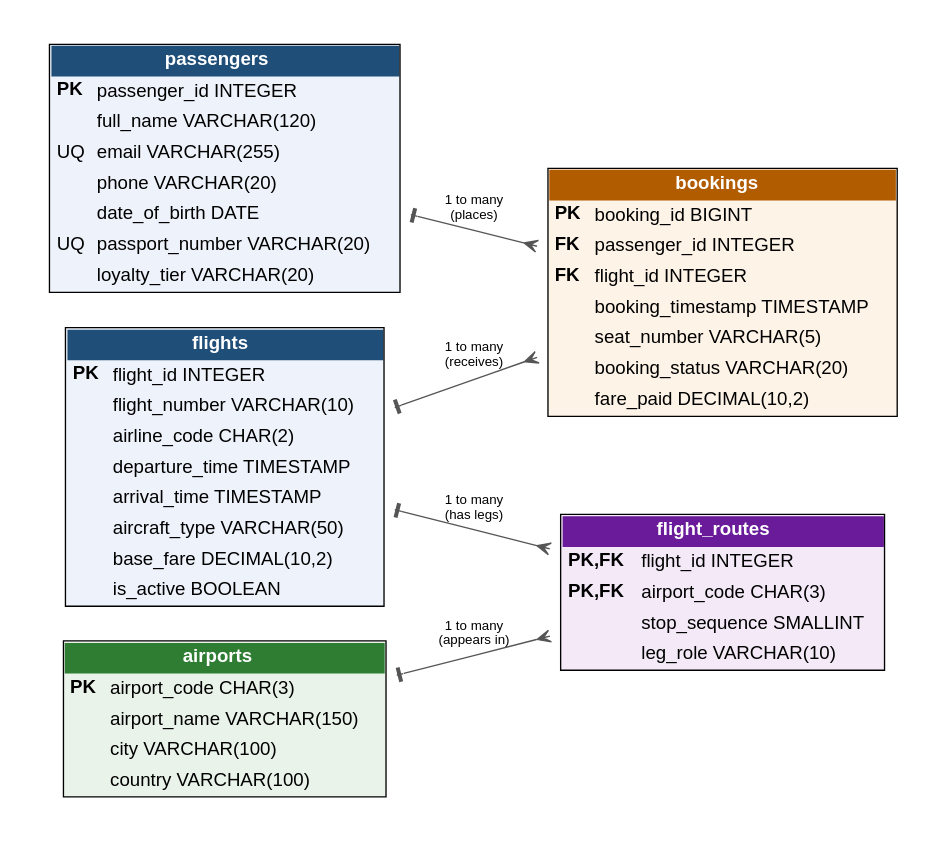
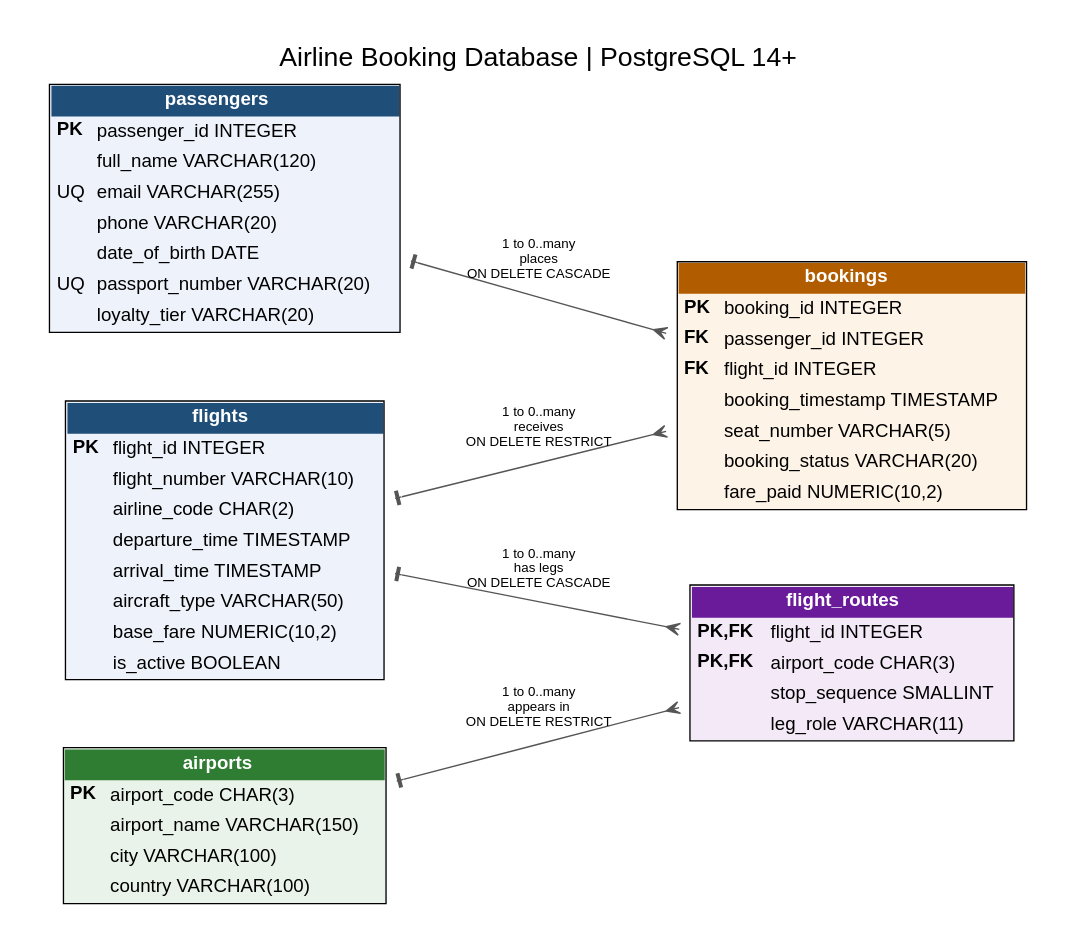
The diagram in schema/erd.dot (nathannbui/ex603-airline-booking-database-), drawn with Graphviz before and after one commit. The commit also changed 8 other files, not shown here.

```diff
--- a/schema/erd.dot
+++ b/schema/erd.dot
@@ -1,71 +1,71 @@
 digraph ERD {
     rankdir=LR;
-    graph [fontname="Helvetica", bgcolor="white", pad=0.3];
+    graph [fontname="Helvetica", bgcolor="white", pad=0.3, nodesep=0.6, ranksep=1.2, label="Airline Booking Database | PostgreSQL 14+", labelloc=t, fontsize=20];
     node [shape=plaintext, fontname="Helvetica"];
     edge [fontname="Helvetica", fontsize=10, color="#555555"];
 
     passengers [label=<
         <TABLE BORDER="1" CELLBORDER="0" CELLSPACING="0" CELLPADDING="4" BGCOLOR="#eef3fb">
         <TR><TD BGCOLOR="#1f4e79" COLSPAN="2"><FONT COLOR="white"><B>passengers</B></FONT></TD></TR>
         <TR><TD ALIGN="LEFT"><B>PK</B></TD><TD ALIGN="LEFT">passenger_id INTEGER</TD></TR>
         <TR><TD ALIGN="LEFT"></TD><TD ALIGN="LEFT">full_name VARCHAR(120)</TD></TR>
         <TR><TD ALIGN="LEFT">UQ</TD><TD ALIGN="LEFT">email VARCHAR(255)</TD></TR>
         <TR><TD ALIGN="LEFT"></TD><TD ALIGN="LEFT">phone VARCHAR(20)</TD></TR>
         <TR><TD ALIGN="LEFT"></TD><TD ALIGN="LEFT">date_of_birth DATE</TD></TR>
         <TR><TD ALIGN="LEFT">UQ</TD><TD ALIGN="LEFT">passport_number VARCHAR(20)</TD></TR>
         <TR><TD ALIGN="LEFT"></TD><TD ALIGN="LEFT">loyalty_tier VARCHAR(20)</TD></TR>
         </TABLE>
     >];
 
     flights [label=<
         <TABLE BORDER="1" CELLBORDER="0" CELLSPACING="0" CELLPADDING="4" BGCOLOR="#eef3fb">
         <TR><TD BGCOLOR="#1f4e79" COLSPAN="2"><FONT COLOR="white"><B>flights</B></FONT></TD></TR>
         <TR><TD ALIGN="LEFT"><B>PK</B></TD><TD ALIGN="LEFT">flight_id INTEGER</TD></TR>
         <TR><TD ALIGN="LEFT"></TD><TD ALIGN="LEFT">flight_number VARCHAR(10)</TD></TR>
         <TR><TD ALIGN="LEFT"></TD><TD ALIGN="LEFT">airline_code CHAR(2)</TD></TR>
         <TR><TD ALIGN="LEFT"></TD><TD ALIGN="LEFT">departure_time TIMESTAMP</TD></TR>
         <TR><TD ALIGN="LEFT"></TD><TD ALIGN="LEFT">arrival_time TIMESTAMP</TD></TR>
         <TR><TD ALIGN="LEFT"></TD><TD ALIGN="LEFT">aircraft_type VARCHAR(50)</TD></TR>
-        <TR><TD ALIGN="LEFT"></TD><TD ALIGN="LEFT">base_fare DECIMAL(10,2)</TD></TR>
+        <TR><TD ALIGN="LEFT"></TD><TD ALIGN="LEFT">base_fare NUMERIC(10,2)</TD></TR>
         <TR><TD ALIGN="LEFT"></TD><TD ALIGN="LEFT">is_active BOOLEAN</TD></TR>
         </TABLE>
     >];
 
     bookings [label=<
         <TABLE BORDER="1" CELLBORDER="0" CELLSPACING="0" CELLPADDING="4" BGCOLOR="#fdf3e7">
         <TR><TD BGCOLOR="#b25c00" COLSPAN="2"><FONT COLOR="white"><B>bookings</B></FONT></TD></TR>
-        <TR><TD ALIGN="LEFT"><B>PK</B></TD><TD ALIGN="LEFT">booking_id BIGINT</TD></TR>
+        <TR><TD ALIGN="LEFT"><B>PK</B></TD><TD ALIGN="LEFT">booking_id INTEGER</TD></TR>
         <TR><TD ALIGN="LEFT"><B>FK</B></TD><TD ALIGN="LEFT">passenger_id INTEGER</TD></TR>
         <TR><TD ALIGN="LEFT"><B>FK</B></TD><TD ALIGN="LEFT">flight_id INTEGER</TD></TR>
         <TR><TD ALIGN="LEFT"></TD><TD ALIGN="LEFT">booking_timestamp TIMESTAMP</TD></TR>
         <TR><TD ALIGN="LEFT"></TD><TD ALIGN="LEFT">seat_number VARCHAR(5)</TD></TR>
         <TR><TD ALIGN="LEFT"></TD><TD ALIGN="LEFT">booking_status VARCHAR(20)</TD></TR>
-        <TR><TD ALIGN="LEFT"></TD><TD ALIGN="LEFT">fare_paid DECIMAL(10,2)</TD></TR>
+        <TR><TD ALIGN="LEFT"></TD><TD ALIGN="LEFT">fare_paid NUMERIC(10,2)</TD></TR>
         </TABLE>
     >];
 
     airports [label=<
         <TABLE BORDER="1" CELLBORDER="0" CELLSPACING="0" CELLPADDING="4" BGCOLOR="#eaf3ea">
         <TR><TD BGCOLOR="#2e7d32" COLSPAN="2"><FONT COLOR="white"><B>airports</B></FONT></TD></TR>
         <TR><TD ALIGN="LEFT"><B>PK</B></TD><TD ALIGN="LEFT">airport_code CHAR(3)</TD></TR>
         <TR><TD ALIGN="LEFT"></TD><TD ALIGN="LEFT">airport_name VARCHAR(150)</TD></TR>
         <TR><TD ALIGN="LEFT"></TD><TD ALIGN="LEFT">city VARCHAR(100)</TD></TR>
         <TR><TD ALIGN="LEFT"></TD><TD ALIGN="LEFT">country VARCHAR(100)</TD></TR>
         </TABLE>
     >];
 
     flight_routes [label=<
         <TABLE BORDER="1" CELLBORDER="0" CELLSPACING="0" CELLPADDING="4" BGCOLOR="#f3e9f7">
         <TR><TD BGCOLOR="#6a1b9a" COLSPAN="2"><FONT COLOR="white"><B>flight_routes</B></FONT></TD></TR>
         <TR><TD ALIGN="LEFT"><B>PK,FK</B></TD><TD ALIGN="LEFT">flight_id INTEGER</TD></TR>
         <TR><TD ALIGN="LEFT"><B>PK,FK</B></TD><TD ALIGN="LEFT">airport_code CHAR(3)</TD></TR>
         <TR><TD ALIGN="LEFT"></TD><TD ALIGN="LEFT">stop_sequence SMALLINT</TD></TR>
-        <TR><TD ALIGN="LEFT"></TD><TD ALIGN="LEFT">leg_role VARCHAR(10)</TD></TR>
+        <TR><TD ALIGN="LEFT"></TD><TD ALIGN="LEFT">leg_role VARCHAR(11)</TD></TR>
         </TABLE>
     >];
 
-    passengers -> bookings [label="1 to many\n(places)", dir=both, arrowhead=crow, arrowtail=tee];
-    flights -> bookings [label="1 to many\n(receives)", dir=both, arrowhead=crow, arrowtail=tee];
-    flights -> flight_routes [label="1 to many\n(has legs)", dir=both, arrowhead=crow, arrowtail=tee];
-    airports -> flight_routes [label="1 to many\n(appears in)", dir=both, arrowhead=crow, arrowtail=tee];
+    passengers -> bookings [label="1 to 0..many\nplaces\nON DELETE CASCADE", dir=both, arrowhead=crow, arrowtail=tee];
+    flights -> bookings [label="1 to 0..many\nreceives\nON DELETE RESTRICT", dir=both, arrowhead=crow, arrowtail=tee];
+    flights -> flight_routes [label="1 to 0..many\nhas legs\nON DELETE CASCADE", dir=both, arrowhead=crow, arrowtail=tee];
+    airports -> flight_routes [label="1 to 0..many\nappears in\nON DELETE RESTRICT", dir=both, arrowhead=crow, arrowtail=tee];
 }
```
